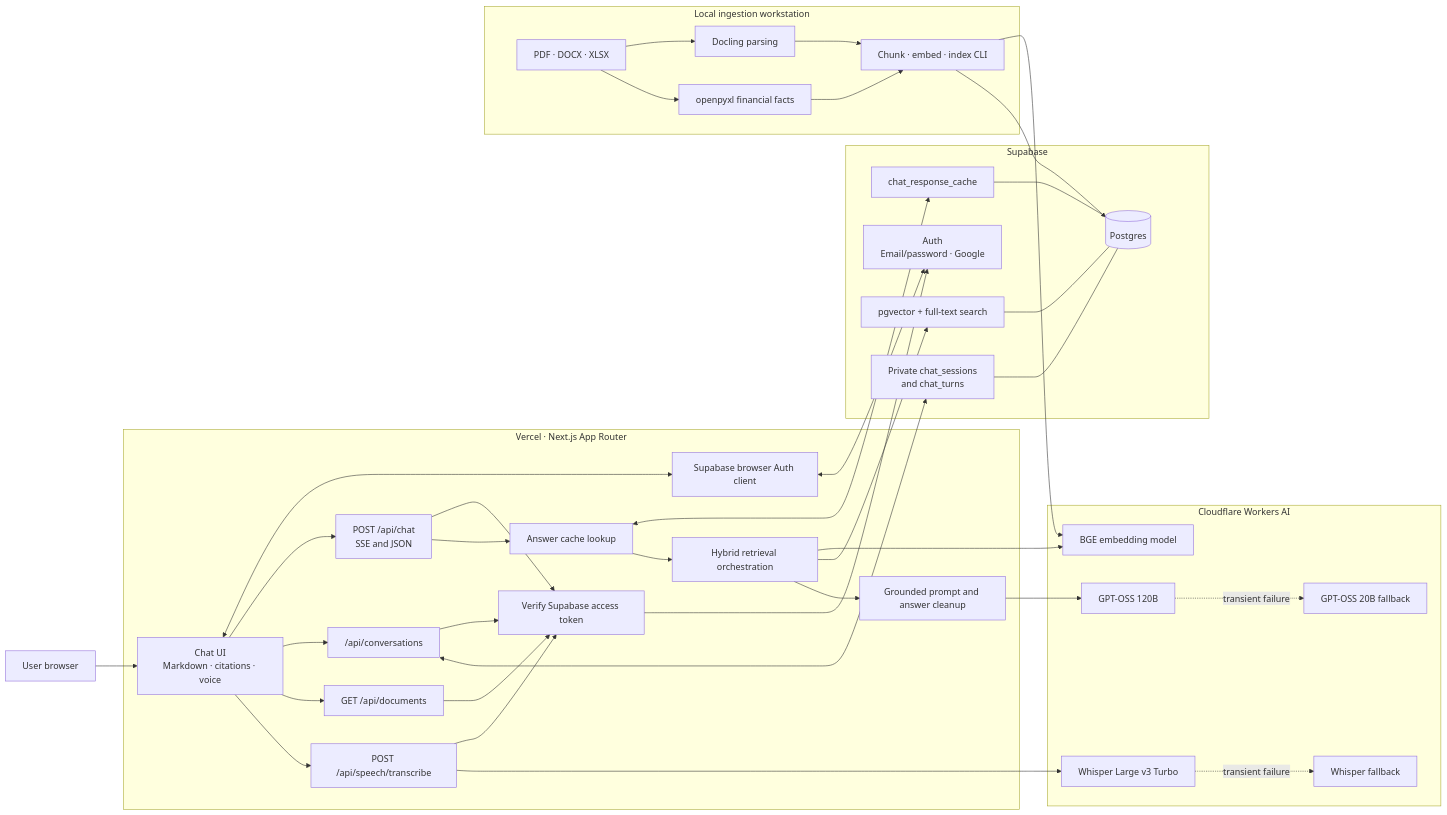
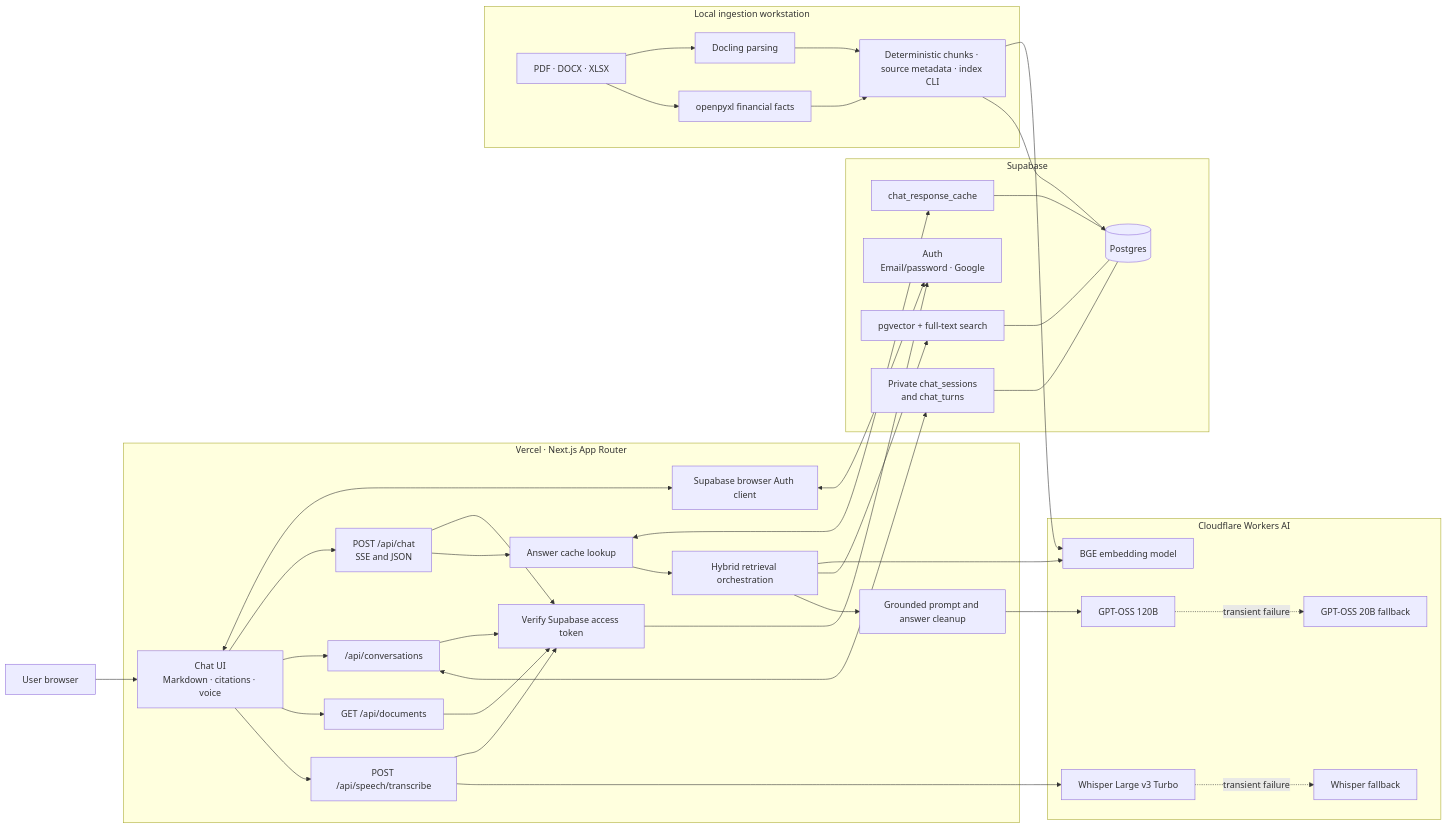
The first of 3 diagrams in README.md (Vikneshoftheleaf/rag-assignment), drawn with Mermaid before and after one commit. The commit also changed other lines of this file and 36 other files, not shown here.

````diff
--- a/README.md
+++ b/README.md
@@ -29,69 +29,69 @@
 ```mermaid
 flowchart LR
     User[User browser]
     subgraph Vercel["Vercel · Next.js App Router"]
         UI["Chat UI<br/>Markdown · citations · voice"]
         AuthClient["Supabase browser Auth client"]
         ChatAPI["POST /api/chat<br/>SSE and JSON"]
         ConversationAPI["/api/conversations"]
         DocumentAPI["GET /api/documents"]
         SpeechAPI["POST /api/speech/transcribe"]
         AuthGuard["Verify Supabase access token"]
         CacheLogic["Answer cache lookup"]
         Retrieval["Hybrid retrieval orchestration"]
         Prompt["Grounded prompt and answer cleanup"]
     end
     subgraph Supabase["Supabase"]
         SupabaseAuth["Auth<br/>Email/password · Google"]
         Postgres[("Postgres")]
         Vector["pgvector + full-text search"]
         ChatTables["Private chat_sessions<br/>and chat_turns"]
         AnswerCache["chat_response_cache"]
     end
     subgraph Cloudflare["Cloudflare Workers AI"]
         Embed["BGE embedding model"]
         TextPrimary["GPT-OSS 120B"]
         TextFallback["GPT-OSS 20B fallback"]
         SpeechPrimary["Whisper Large v3 Turbo"]
         SpeechFallback["Whisper fallback"]
     end
     subgraph Local["Local ingestion workstation"]
         Docs["PDF · DOCX · XLSX"]
         Docling["Docling parsing"]
         Spreadsheet["openpyxl financial facts"]
-        Indexer["Chunk · embed · index CLI"]
+        Indexer["Deterministic chunks · source metadata · index CLI"]
     end
 
     User --> UI
     UI <--> AuthClient
     AuthClient <--> SupabaseAuth
     UI --> ChatAPI
     UI --> ConversationAPI
     UI --> DocumentAPI
     UI --> SpeechAPI
     ChatAPI --> AuthGuard
     ConversationAPI --> AuthGuard
     DocumentAPI --> AuthGuard
     SpeechAPI --> AuthGuard
     AuthGuard --> SupabaseAuth
     ChatAPI --> CacheLogic
     CacheLogic <--> AnswerCache
     CacheLogic --> Retrieval
     Retrieval --> Embed
     Retrieval --> Vector
     Retrieval --> Prompt
     Prompt --> TextPrimary
     TextPrimary -. transient failure .-> TextFallback
     SpeechAPI --> SpeechPrimary
     SpeechPrimary -. transient failure .-> SpeechFallback
     ConversationAPI <--> ChatTables
     ChatTables --- Postgres
     AnswerCache --- Postgres
     Vector --- Postgres
     Docs --> Docling
     Docs --> Spreadsheet
     Docling --> Indexer
     Spreadsheet --> Indexer
     Indexer --> Embed
     Indexer --> Postgres
 ```
````
